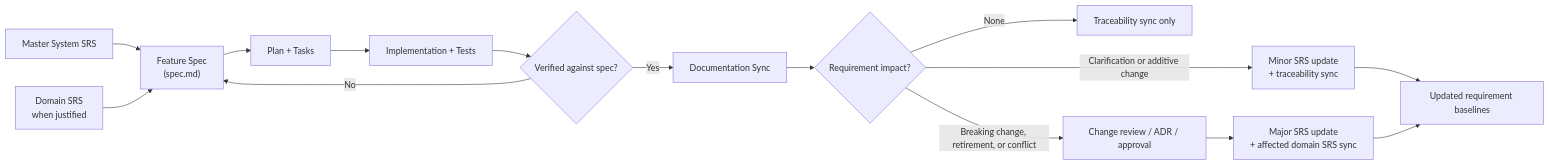
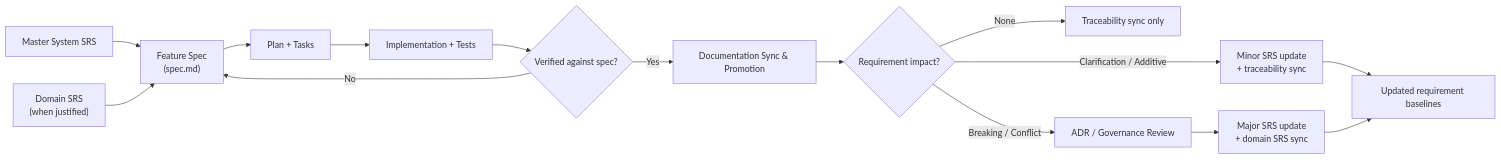
Before and after one commit to d-dragon/dp-stock-investment-assistant: the diagram in docs/study-hub/project-documentation-and-specification-methodology.md, drawn with Mermaid. The commit also changed other lines of this file and 2 other files, not shown here.

````diff
--- a/docs/study-hub/project-documentation-and-specification-methodology.md
+++ b/docs/study-hub/project-documentation-and-specification-methodology.md
@@ -274,17 +291,17 @@
 ```mermaid
 flowchart LR
   A["Master System SRS"] --> C["Feature Spec\n(spec.md)"]
-  B["Domain SRS\nwhen justified"] --> C
+  B["Domain SRS\n(when justified)"] --> C
   C --> D["Plan + Tasks"]
   D --> E["Implementation + Tests"]
   E --> F{"Verified against spec?"}
   F -- "No" --> C
-  F -- "Yes" --> G["Documentation Sync"]
+  F -- "Yes" --> G["Documentation Sync & Promotion"]
   G --> H{"Requirement impact?"}
   H -- "None" --> I["Traceability sync only"]
-  H -- "Clarification or additive change" --> J["Minor SRS update\n+ traceability sync"]
-  H -- "Breaking change, retirement, or conflict" --> K["Change review / ADR / approval"]
-  K --> L["Major SRS update\n+ affected domain SRS sync"]
+  H -- "Clarification / Additive" --> J["Minor SRS update\n+ traceability sync"]
+  H -- "Breaking / Conflict" --> K["ADR / Governance Review"]
+  K --> L["Major SRS update\n+ domain SRS sync"]
   J --> M["Updated requirement baselines"]
   L --> M
 ```
````
